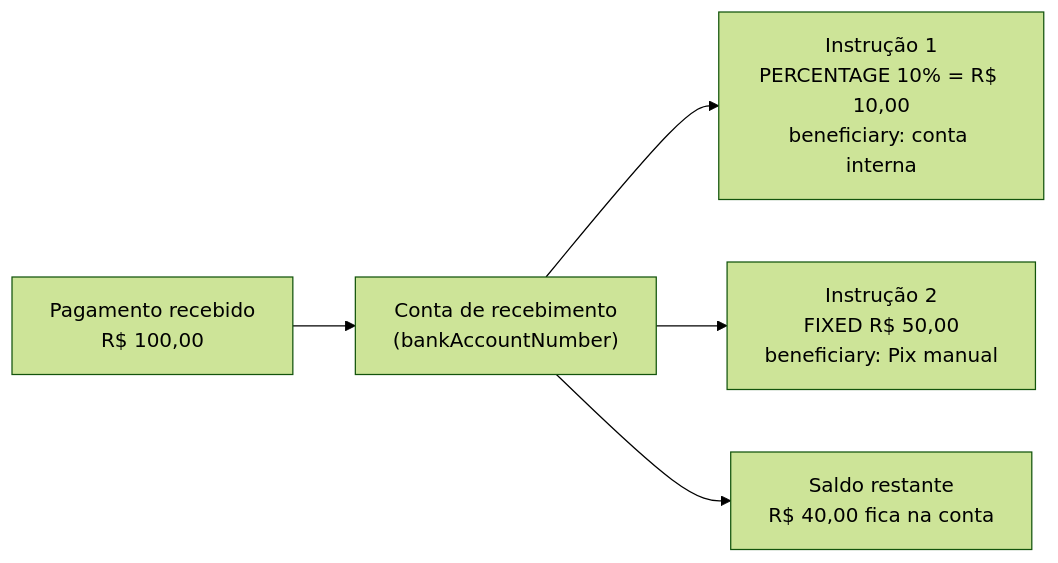
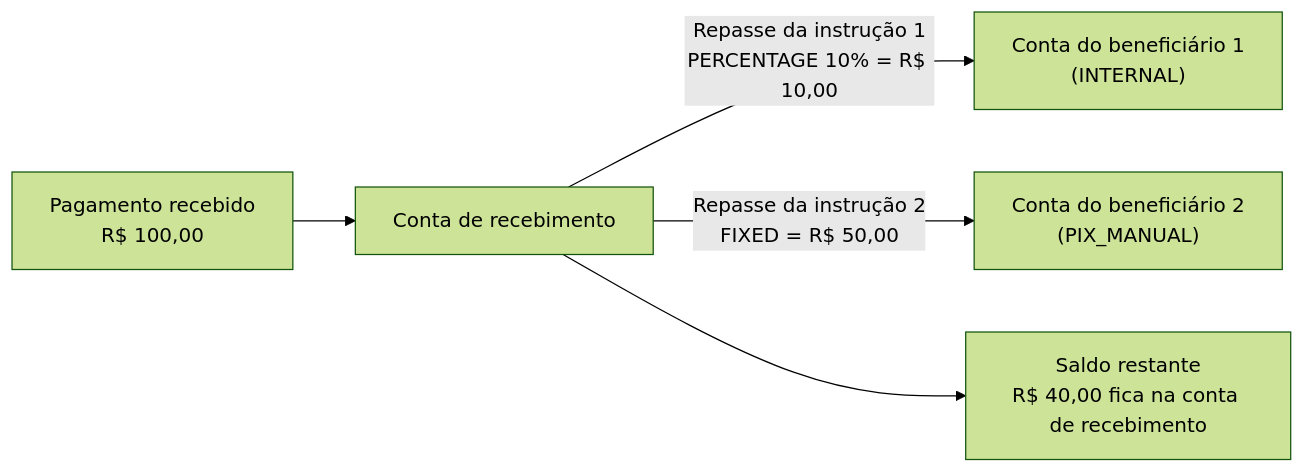
The diagram in guias/split-pagamentos/visao-geral.mdx (tech-andrade/docs), drawn with Mermaid (forest theme) before and after one commit. The commit also changed other lines of this file and 22 other files, not shown here.

````diff
--- a/guias/split-pagamentos/visao-geral.mdx
+++ b/guias/split-pagamentos/visao-geral.mdx
@@ -36,7 +28,7 @@
 ```mermaid
 flowchart LR
-    A["Pagamento recebido<br/>R$ 100,00"] --> B["Conta de recebimento<br/>(bankAccountNumber)"]
-    B --> C["Instrução 1<br/>PERCENTAGE 10% = R$ 10,00<br/>beneficiary: conta interna"]
-    B --> D["Instrução 2<br/>FIXED R$ 50,00<br/>beneficiary: Pix manual"]
-    B --> E["Saldo restante<br/>R$ 40,00 fica na conta"]
+    A["Pagamento recebido<br/>R$ 100,00"] --> B["Conta de recebimento"]
+    B -->|"Repasse da instrução 1<br/>PERCENTAGE 10% = R$ 10,00"| C["Conta do beneficiário 1<br/>(INTERNAL)"]
+    B -->|"Repasse da instrução 2<br/>FIXED = R$ 50,00"| D["Conta do beneficiário 2<br/>(PIX_MANUAL)"]
+    B --> E["Saldo restante<br/>R$ 40,00 fica na conta de recebimento"]
 ```
````
